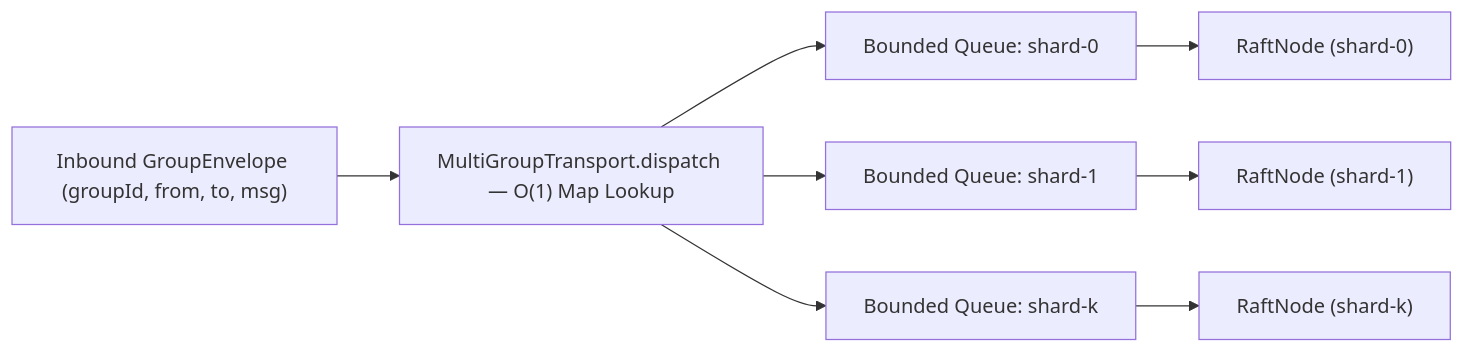
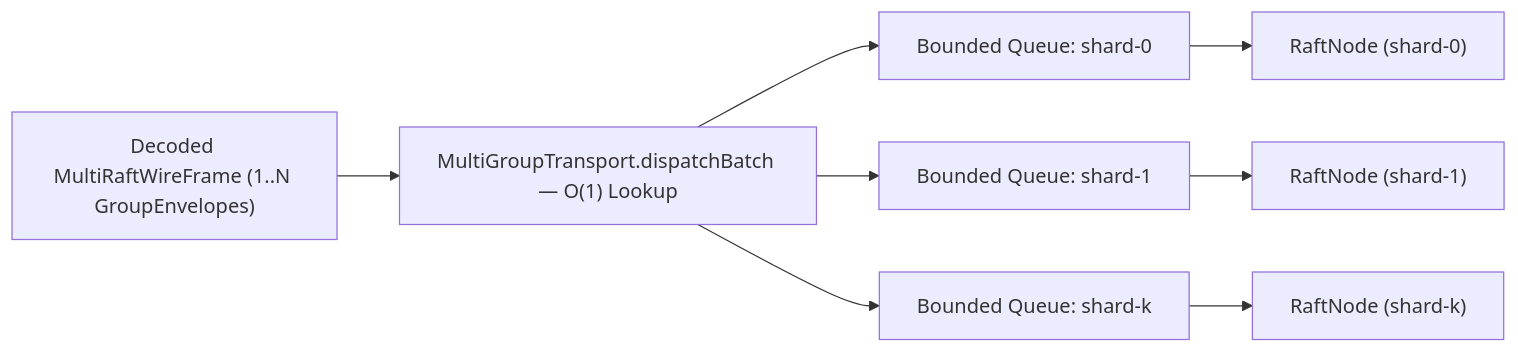
Before and after one commit to bmscomp/raft: the fourth of 5 diagrams in docs/book/21-multi-raft-groups.md, drawn with Mermaid. The commit also changed other lines of this file and 12 other files, not shown here.

````diff
--- a/docs/book/21-multi-raft-groups.md
+++ b/docs/book/21-multi-raft-groups.md
@@ -214,10 +104,10 @@
 ```mermaid
 flowchart LR
-    WIRE["Inbound GroupEnvelope (groupId, from, to, msg)"] --> DEMUX["MultiGroupTransport.dispatch — O(1) Map Lookup"]
+    WIRE["Decoded MultiRaftWireFrame (1..N GroupEnvelopes)"] --> DEMUX["MultiGroupTransport.dispatchBatch — O(1) Lookup"]
     DEMUX --> Q0["Bounded Queue: shard-0"]
     DEMUX --> Q1["Bounded Queue: shard-1"]
-    DEMUX --> QN["Bounded Queue: shard-k"]
-    Q0 --> N0["RaftNode (shard-0)"]
-    Q1 --> N1["RaftNode (shard-1)"]
-    QN --> NN["RaftNode (shard-k)"]
+    DEMUX --> QK["Bounded Queue: shard-k"]
+    Q0 --> R0["RaftNode (shard-0)"]
+    Q1 --> R1["RaftNode (shard-1)"]
+    QK --> RK["RaftNode (shard-k)"]
 ```
````
